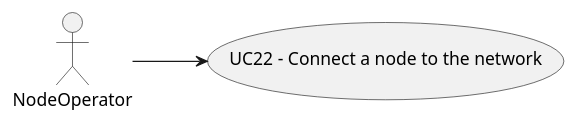
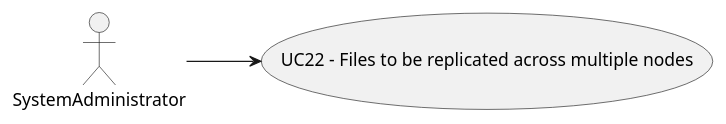
One commit to joaotorres28/ParticularProject changed the diagram in docs/Global_Artifacts/Design/Level1/Uc_Folder/UC22/UC22.puml. Above: the diagram before and after it, drawn with PlantUML. The commit also changed 25 other files, not shown here.

```diff
--- a/docs/Global_Artifacts/Design/Level1/Uc_Folder/UC22/UC22.puml
+++ b/docs/Global_Artifacts/Design/Level1/Uc_Folder/UC22/UC22.puml
@@ -1,9 +1,9 @@
 @startuml
 
 left to right direction
-actor NodeOperator
+actor SystemAdministrator
 
-usecase UC22 as "UC22 - Connect a node to the network"
-NodeOperator --> UC22
+usecase UC22 as "UC22 - Files to be replicated across multiple nodes"
+SystemAdministrator --> UC22
 
 @enduml
```
